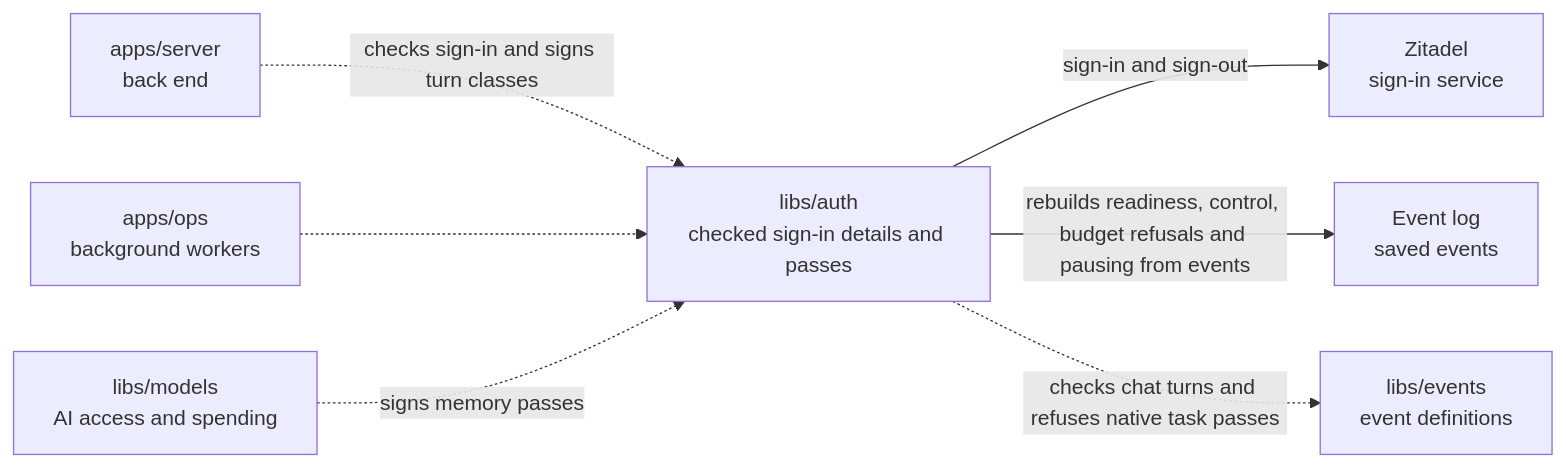
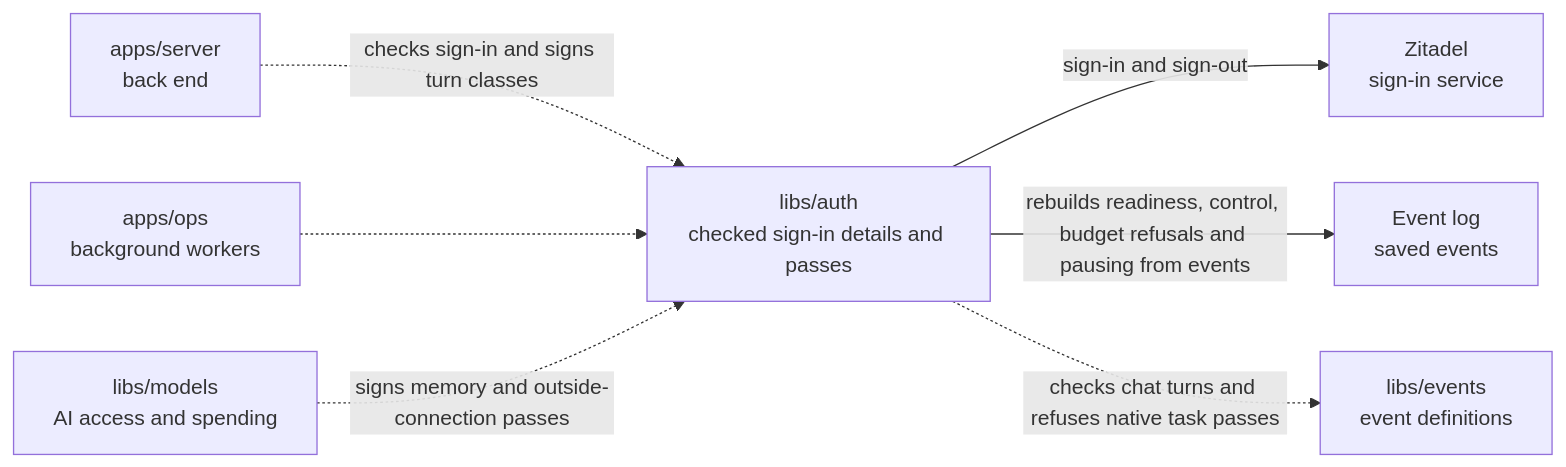
Before and after one commit to elewa-git/opencrane-new: the diagram in libs/auth/README.md, drawn with Mermaid. The commit also changed other lines of this file and 11 other files, not shown here.

Commit message:
🔒 Check egress passes and spending before opening one relay

````diff
--- a/libs/auth/README.md
+++ b/libs/auth/README.md
@@ -11,9 +11,9 @@
 ```mermaid
 flowchart LR
   server["apps/server<br/>back end"] -.->|checks sign-in and signs turn classes| auth["libs/auth<br/>checked sign-in details and passes"]
   ops["apps/ops<br/>background workers"] -.-> auth
-  models["libs/models<br/>AI access and spending"] -.->|signs memory passes| auth
+  models["libs/models<br/>AI access and spending"] -.->|signs memory and outside-connection passes| auth
   auth -->|sign-in and sign-out| zitadel["Zitadel<br/>sign-in service"]
   auth -->|rebuilds readiness, control, budget refusals and pausing from events| events["Event log<br/>saved events"]
   auth -.->|checks chat turns and refuses native task passes| catalogue["libs/events<br/>event definitions"]
 ```
````
